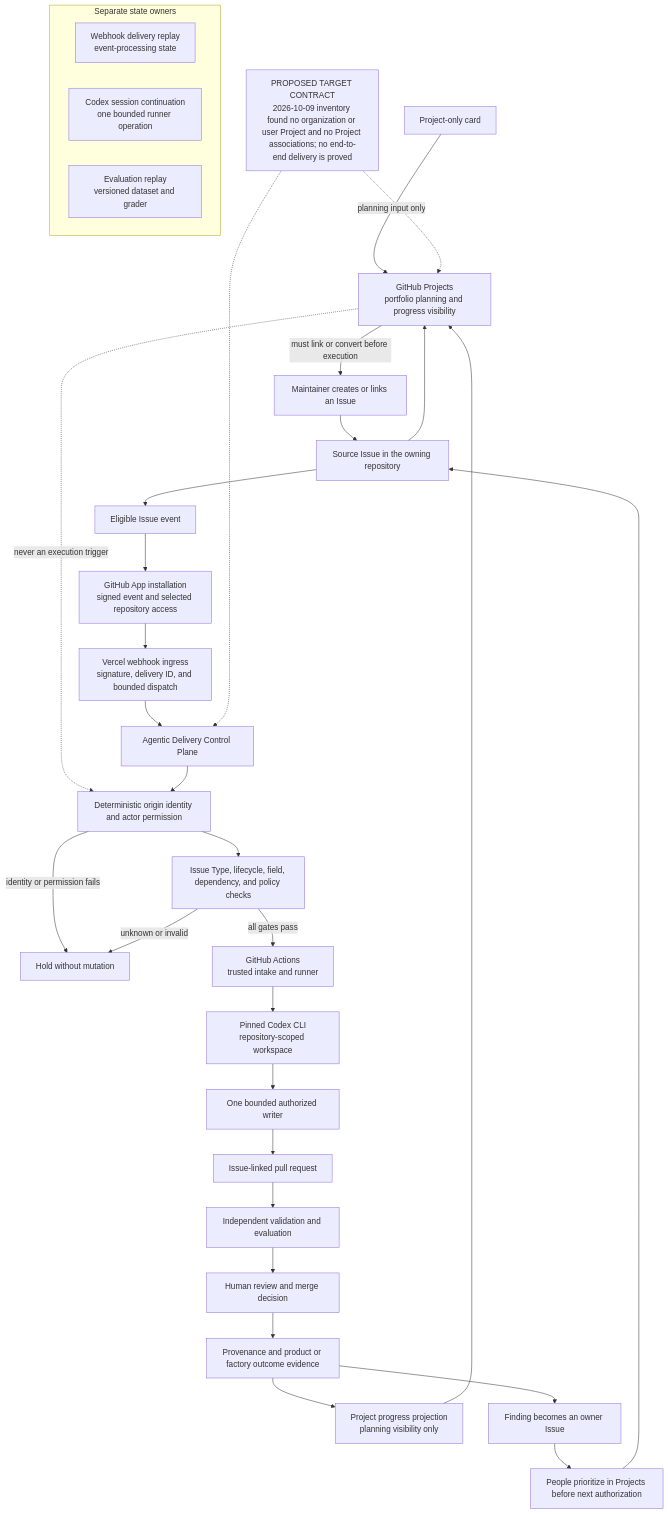
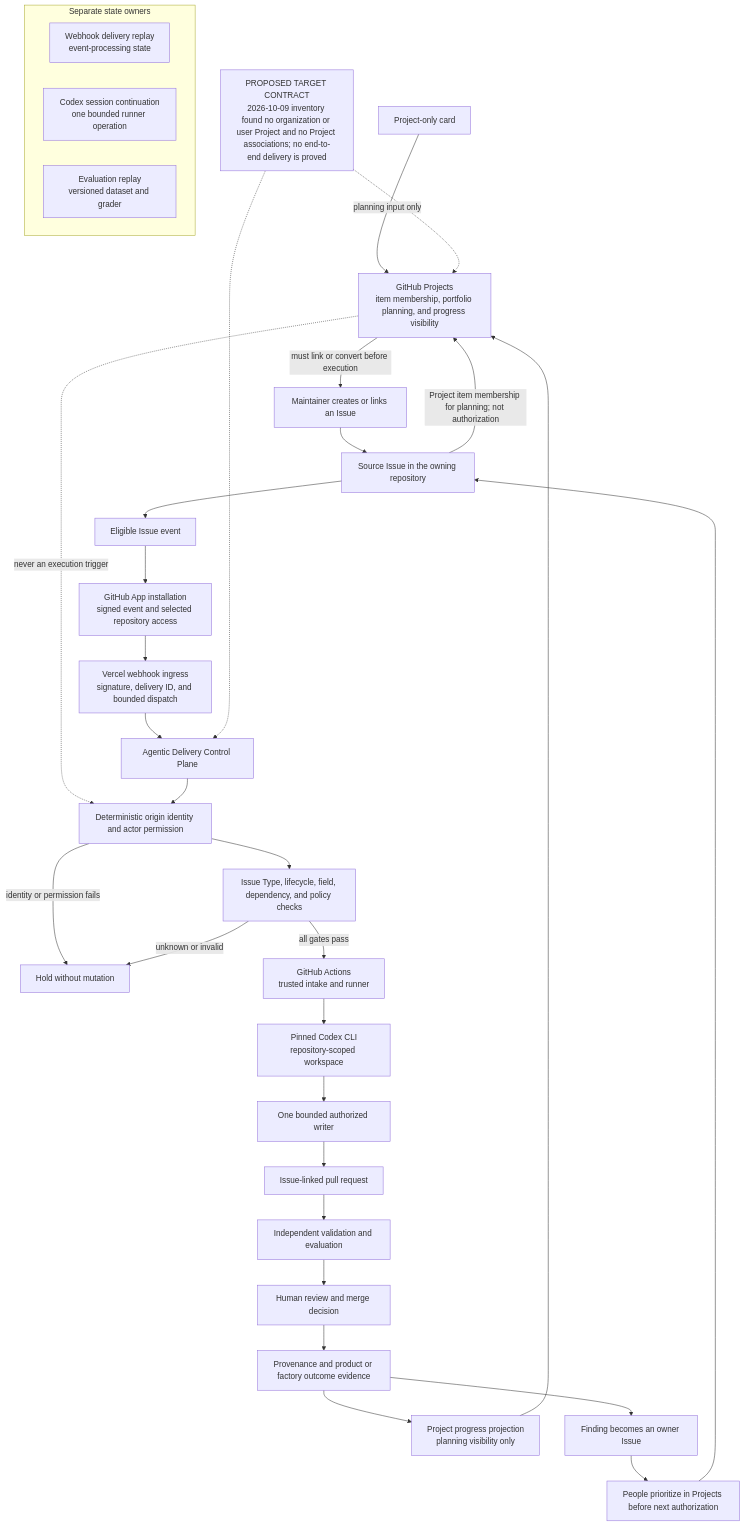
One commit to agentic-delivery-lab/agentic-delivery-architecture changed the diagram in architecture/diagrams/mermaid/project-issue-lifecycle.mmd. Above: the diagram before and after it, drawn with Mermaid. The commit also changed 5 other files, not shown here.

Commit message:
docs(architecture): clarify Project planning and product bootstrap

```diff
--- a/architecture/diagrams/mermaid/project-issue-lifecycle.mmd
+++ b/architecture/diagrams/mermaid/project-issue-lifecycle.mmd
@@ -1,43 +1,43 @@
 flowchart TD
   STATUS["PROPOSED TARGET CONTRACT<br/>2026-10-09 inventory found no organization or user Project and no Project associations; no end-to-end delivery is proved"]
-  PROJECT["GitHub Projects<br/>portfolio planning and progress visibility"]
+  PROJECT["GitHub Projects<br/>item membership, portfolio planning, and progress visibility"]
   CARD["Project-only card"]
   HUMAN["Maintainer creates or links an Issue"]
   ISSUE["Source Issue in the owning repository"]
   EVENT["Eligible Issue event"]
   APP["GitHub App installation<br/>signed event and selected repository access"]
   INGRESS["Vercel webhook ingress<br/>signature, delivery ID, and bounded dispatch"]
   CONTROL["Agentic Delivery Control Plane"]
   IDENTITY["Deterministic origin identity and actor permission"]
   CONTRACT["Issue Type, lifecycle, field, dependency, and policy checks"]
   HOLD["Hold without mutation"]
   WRITER["One bounded authorized writer"]
   ACTIONS["GitHub Actions<br/>trusted intake and runner"]
   CODEX["Pinned Codex CLI<br/>repository-scoped workspace"]
   PR["Issue-linked pull request"]
   REVIEW["Independent validation and evaluation"]
   MERGE["Human review and merge decision"]
   EVIDENCE["Provenance and product or factory outcome evidence"]
   PROGRESS["Project progress projection<br/>planning visibility only"]
   FINDING["Finding becomes an owner Issue"]
   LOOP["People prioritize in Projects before next authorization"]
 
   CARD -->|"planning input only"| PROJECT
   PROJECT -->|"must link or convert before execution"| HUMAN
   HUMAN --> ISSUE
-  ISSUE --> PROJECT
+  ISSUE -->|"Project item membership for planning; not authorization"| PROJECT
   PROJECT -. "never an execution trigger" .-> IDENTITY
   ISSUE --> EVENT --> APP --> INGRESS --> CONTROL --> IDENTITY --> CONTRACT
   IDENTITY -->|"identity or permission fails"| HOLD
   CONTRACT -->|"unknown or invalid"| HOLD
   CONTRACT -->|"all gates pass"| ACTIONS --> CODEX --> WRITER --> PR --> REVIEW --> MERGE --> EVIDENCE
   EVIDENCE --> PROGRESS --> PROJECT
   EVIDENCE --> FINDING --> LOOP --> ISSUE
 
   subgraph REPLAY["Separate state owners"]
     WEBHOOK["Webhook delivery replay<br/>event-processing state"]
     SESSION["Codex session continuation<br/>one bounded runner operation"]
     EVALUATION["Evaluation replay<br/>versioned dataset and grader"]
   end
   STATUS -.-> PROJECT
   STATUS -.-> CONTROL
```
